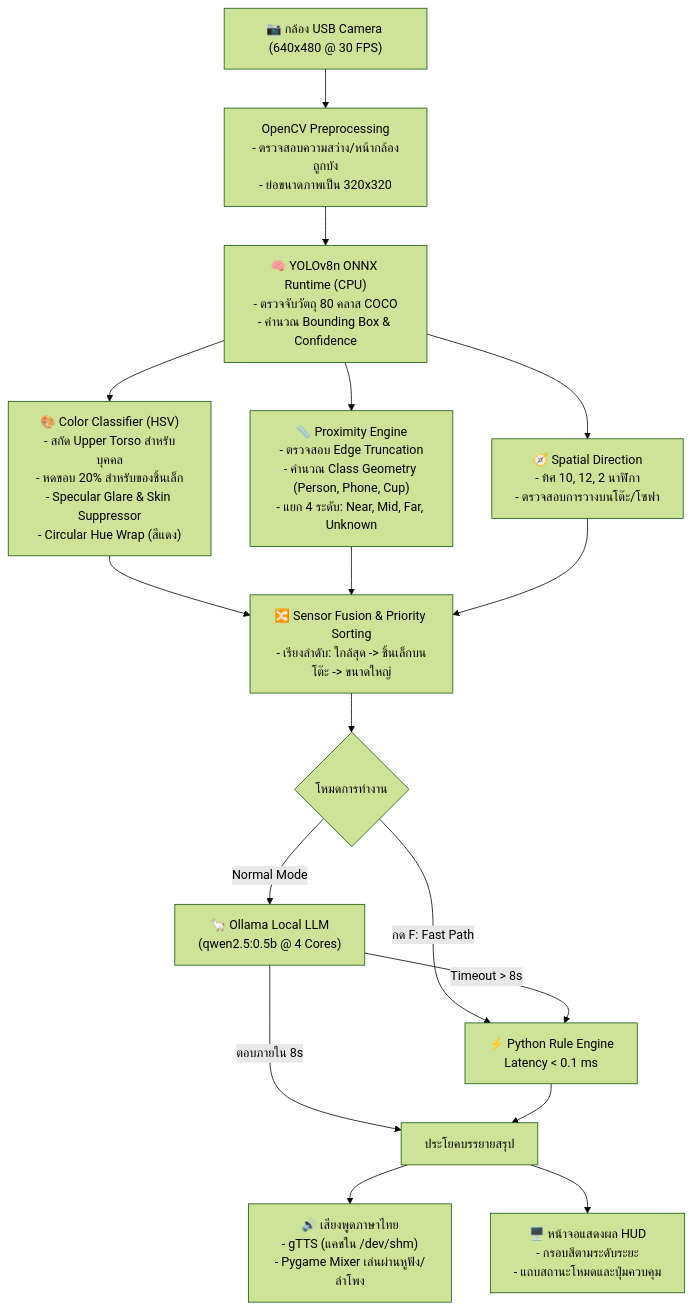
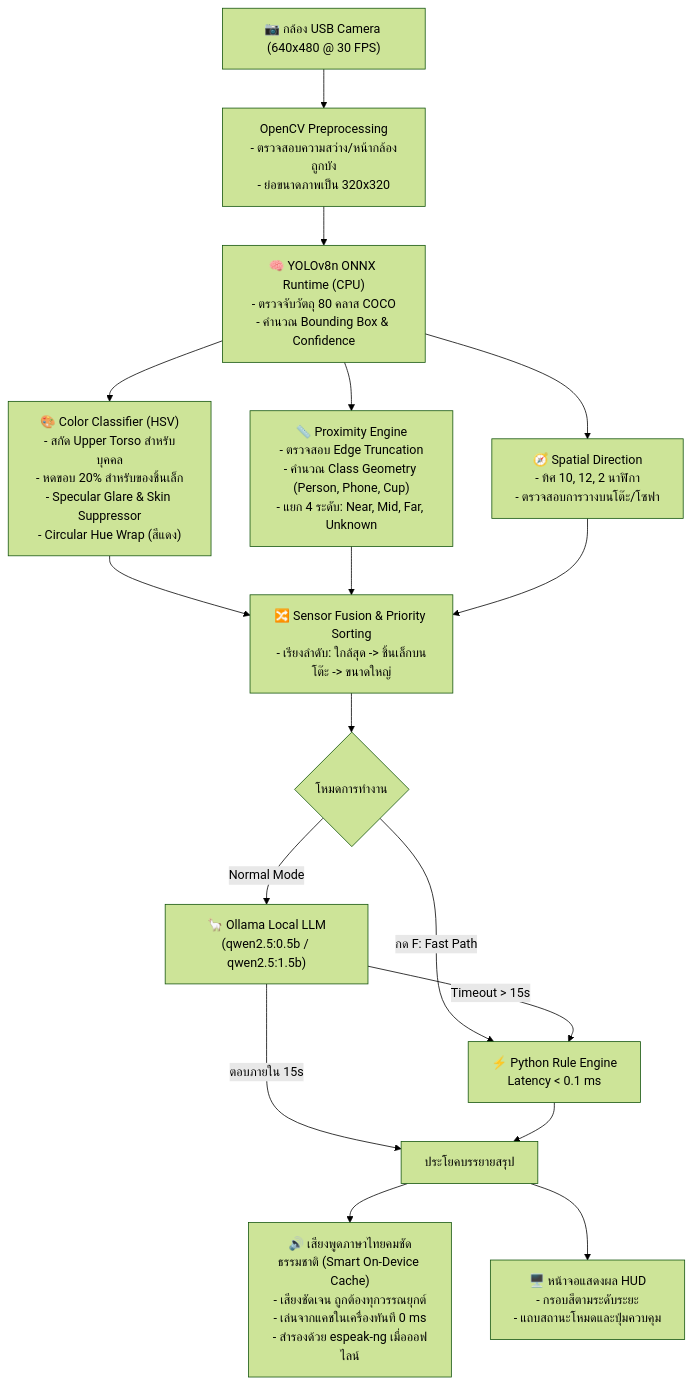
Before and after one commit to suriyen-creator/VisionMate: the diagram in README.md, drawn with Mermaid (forest theme). The commit also changed other lines of this file and 37 other files, not shown here.

First line of the commit message:
feat: Add Ollama 15s timeout, model switching support, and Smart On-Device Clear Thai TTS

````diff
--- a/README.md
+++ b/README.md
@@ -43,26 +43,26 @@
 ```mermaid
 flowchart TD
     Cam["📷 กล้อง USB Camera (640x480 @ 30 FPS)"] --> Pre["OpenCV Preprocessing\n- ตรวจสอบความสว่าง/หน้ากล้องถูกบัง\n- ย่อขนาดภาพเป็น 320x320"]
     Pre --> YOLO["🧠 YOLOv8n ONNX Runtime (CPU)\n- ตรวจจับวัตถุ 80 คลาส COCO\n- คำนวณ Bounding Box & Confidence"]
     
     YOLO --> Color["🎨 Color Classifier (HSV)\n- สกัด Upper Torso สำหรับบุคคล\n- หดขอบ 20% สำหรับของชิ้นเล็ก\n- Specular Glare & Skin Suppressor\n- Circular Hue Wrap (สีแดง)"]
     
     YOLO --> Distance["📏 Proximity Engine\n- ตรวจสอบ Edge Truncation\n- คำนวณ Class Geometry (Person, Phone, Cup)\n- แยก 4 ระดับ: Near, Mid, Far, Unknown"]
     
     YOLO --> Spatial["🧭 Spatial Direction\n- ทิศ 10, 12, 2 นาฬิกา\n- ตรวจสอบการวางบนโต๊ะ/โซฟา"]
     
     Color --> Fusion["🔀 Sensor Fusion & Priority Sorting\n- เรียงลำดับ: ใกล้สุด -> ชิ้นเล็กบนโต๊ะ -> ขนาดใหญ่"]
     Distance --> Fusion
     Spatial --> Fusion
     
     Fusion --> Decision{"โหมดการทำงาน"}
     Decision -- "กด F: Fast Path" --> Fast["⚡ Python Rule Engine\nLatency < 0.1 ms"]
-    Decision -- "Normal Mode" --> Ollama["🦙 Ollama Local LLM\n(qwen2.5:0.5b @ 4 Cores)"]
+    Decision -- "Normal Mode" --> Ollama["🦙 Ollama Local LLM\n(qwen2.5:0.5b / qwen2.5:1.5b)"]
     
-    Ollama -- "ตอบภายใน 8s" --> Narrative["ประโยคบรรยายสรุป"]
-    Ollama -- "Timeout > 8s" --> Fast
+    Ollama -- "ตอบภายใน 15s" --> Narrative["ประโยคบรรยายสรุป"]
+    Ollama -- "Timeout > 15s" --> Fast
     Fast --> Narrative
     
-    Narrative --> TTS["🔊 เสียงพูดภาษาไทย\n- gTTS (แคชใน /dev/shm)\n- Pygame Mixer เล่นผ่านหูฟัง/ลำโพง"]
+    Narrative --> TTS["🔊 เสียงพูดภาษาไทยคมชัดธรรมชาติ (Smart On-Device Cache)\n- เสียงชัดเจน ถูกต้องทุกวรรณยุกต์\n- เล่นจากแคชในเครื่องทันที 0 ms\n- สำรองด้วย espeak-ng เมื่อออฟไลน์"]
     Narrative --> HUD["🖥️ หน้าจอแสดงผล HUD\n- กรอบสีตามระดับระยะ\n- แถบสถานะโหมดและปุ่มควบคุม"]
 ```
````
